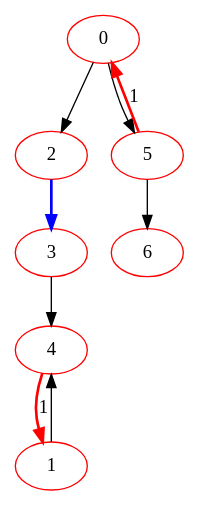
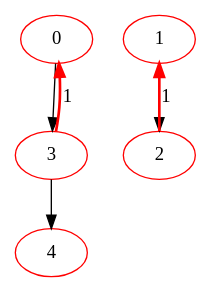
Before and after one commit to MPSLab-ASU/CCF-20.04: the diagram in benchmarks/math/CGRAExec/L1/LoadConst_0.dot, drawn with Graphviz. The commit also changed 99 other files, not shown here.

```diff
--- a/benchmarks/math/CGRAExec/L1/LoadConst_0.dot
+++ b/benchmarks/math/CGRAExec/L1/LoadConst_0.dot
@@ -1,27 +1,20 @@
 digraph LoadConst { 
 {
 0 [color=red ];
 
 1 [color=red ];
 
 2 [color=red ];
 
 3 [color=red ];
 
 4 [color=red ];
-
-5 [color=red ];
-
-6 [color=red ];
-5 -> 0 [style=bold, color=red, label=1] 
-4 -> 1 [style=bold, color=red, label=1] 
-0 -> 2
-2 -> 3 [style=bold, color=blue ]
+3 -> 0 [style=bold, color=red, label=1] 
+2 -> 1 [style=bold, color=red, label=1] 
+1 -> 2
+0 -> 3
 3 -> 4
-1 -> 4
-0 -> 5
-5 -> 6
 
 }
 
 }
```
